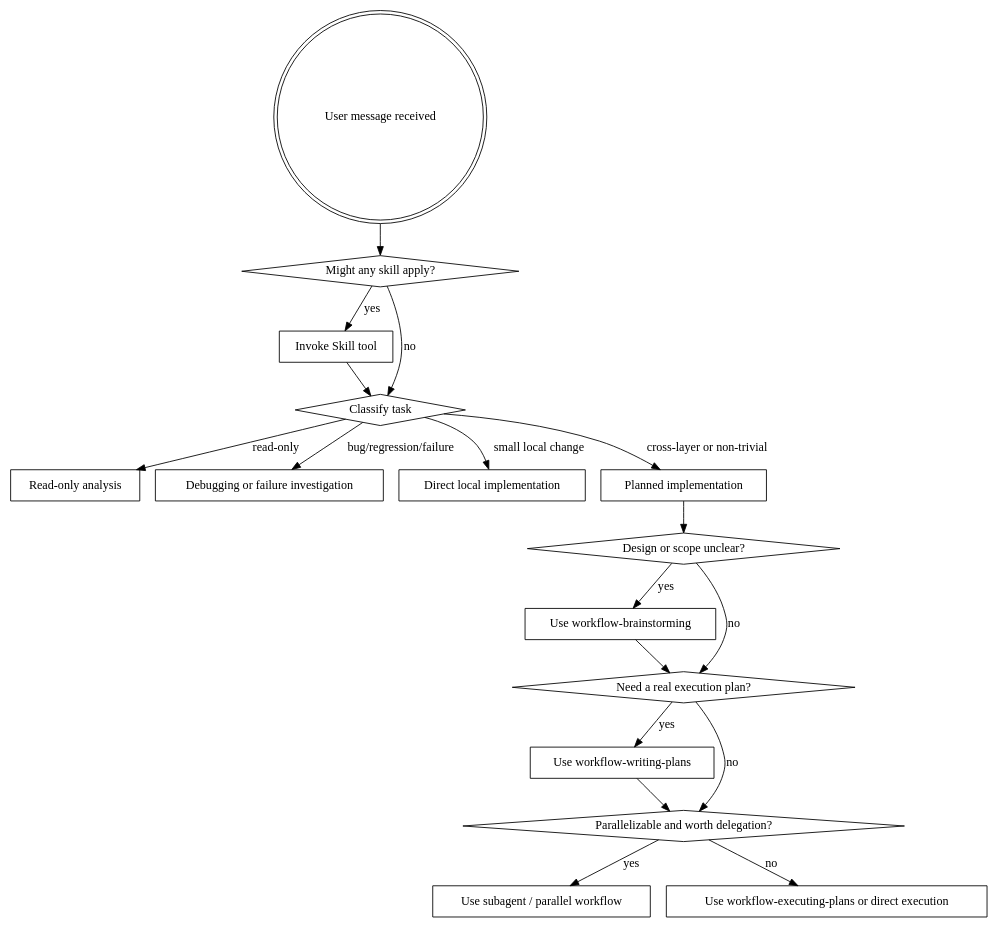
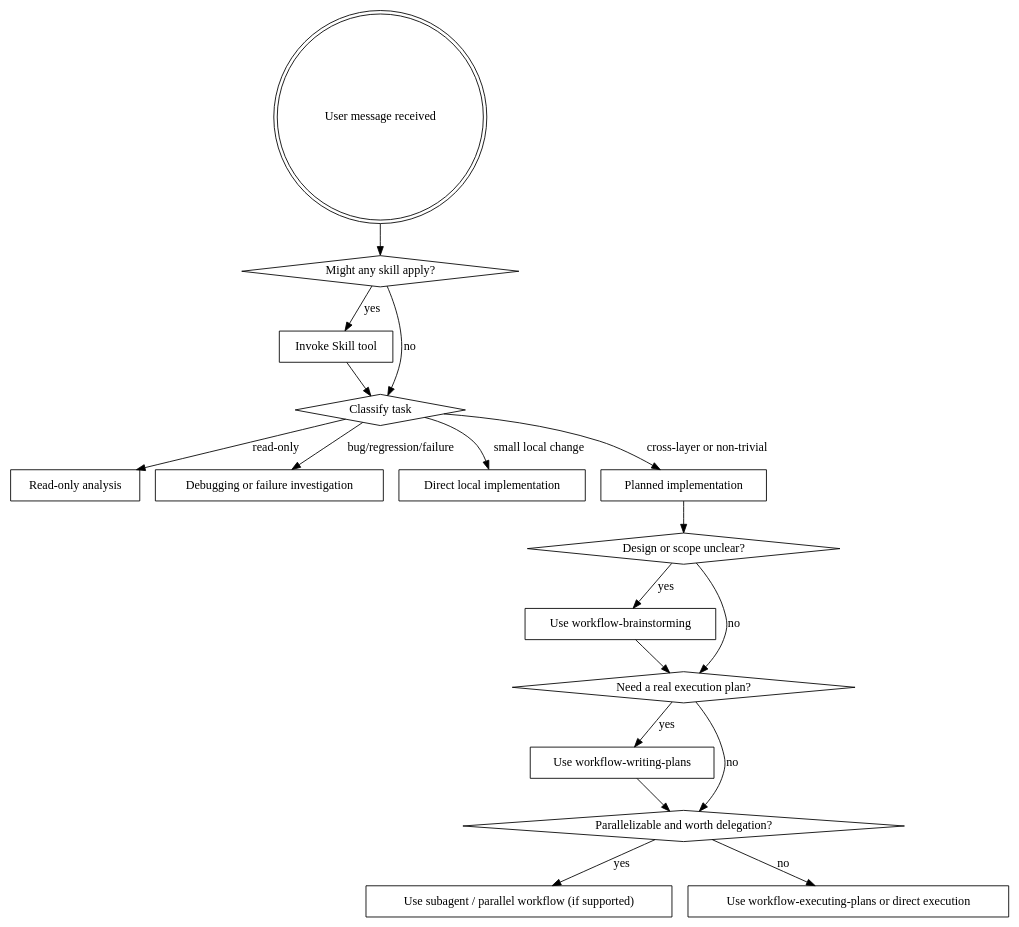
The diagram in skills/workflow-start/SKILL.md (BryanHoo/workflow), drawn with Graphviz before and after one commit. The commit also changed other lines of this file and 8 other files, not shown here.

````diff
--- a/skills/workflow-start/SKILL.md
+++ b/skills/workflow-start/SKILL.md
@@ -44,37 +46,37 @@
 ```dot
 digraph skill_flow {
     "User message received" [shape=doublecircle];
     "Might any skill apply?" [shape=diamond];
     "Invoke Skill tool" [shape=box];
     "Classify task" [shape=diamond];
     "Read-only analysis" [shape=box];
     "Debugging or failure investigation" [shape=box];
     "Direct local implementation" [shape=box];
     "Planned implementation" [shape=box];
     "Design or scope unclear?" [shape=diamond];
     "Use workflow-brainstorming" [shape=box];
     "Need a real execution plan?" [shape=diamond];
     "Use workflow-writing-plans" [shape=box];
     "Parallelizable and worth delegation?" [shape=diamond];
-    "Use subagent / parallel workflow" [shape=box];
+    "Use subagent / parallel workflow (if supported)" [shape=box];
     "Use workflow-executing-plans or direct execution" [shape=box];
 
     "User message received" -> "Might any skill apply?";
     "Might any skill apply?" -> "Invoke Skill tool" [label="yes"];
     "Might any skill apply?" -> "Classify task" [label="no"];
     "Invoke Skill tool" -> "Classify task";
     "Classify task" -> "Read-only analysis" [label="read-only"];
     "Classify task" -> "Debugging or failure investigation" [label="bug/regression/failure"];
     "Classify task" -> "Direct local implementation" [label="small local change"];
     "Classify task" -> "Planned implementation" [label="cross-layer or non-trivial"];
     "Planned implementation" -> "Design or scope unclear?";
     "Design or scope unclear?" -> "Use workflow-brainstorming" [label="yes"];
     "Design or scope unclear?" -> "Need a real execution plan?" [label="no"];
     "Use workflow-brainstorming" -> "Need a real execution plan?";
     "Need a real execution plan?" -> "Use workflow-writing-plans" [label="yes"];
     "Need a real execution plan?" -> "Parallelizable and worth delegation?" [label="no"];
     "Use workflow-writing-plans" -> "Parallelizable and worth delegation?";
-    "Parallelizable and worth delegation?" -> "Use subagent / parallel workflow" [label="yes"];
+    "Parallelizable and worth delegation?" -> "Use subagent / parallel workflow (if supported)" [label="yes"];
     "Parallelizable and worth delegation?" -> "Use workflow-executing-plans or direct execution" [label="no"];
 }
 ```
````
